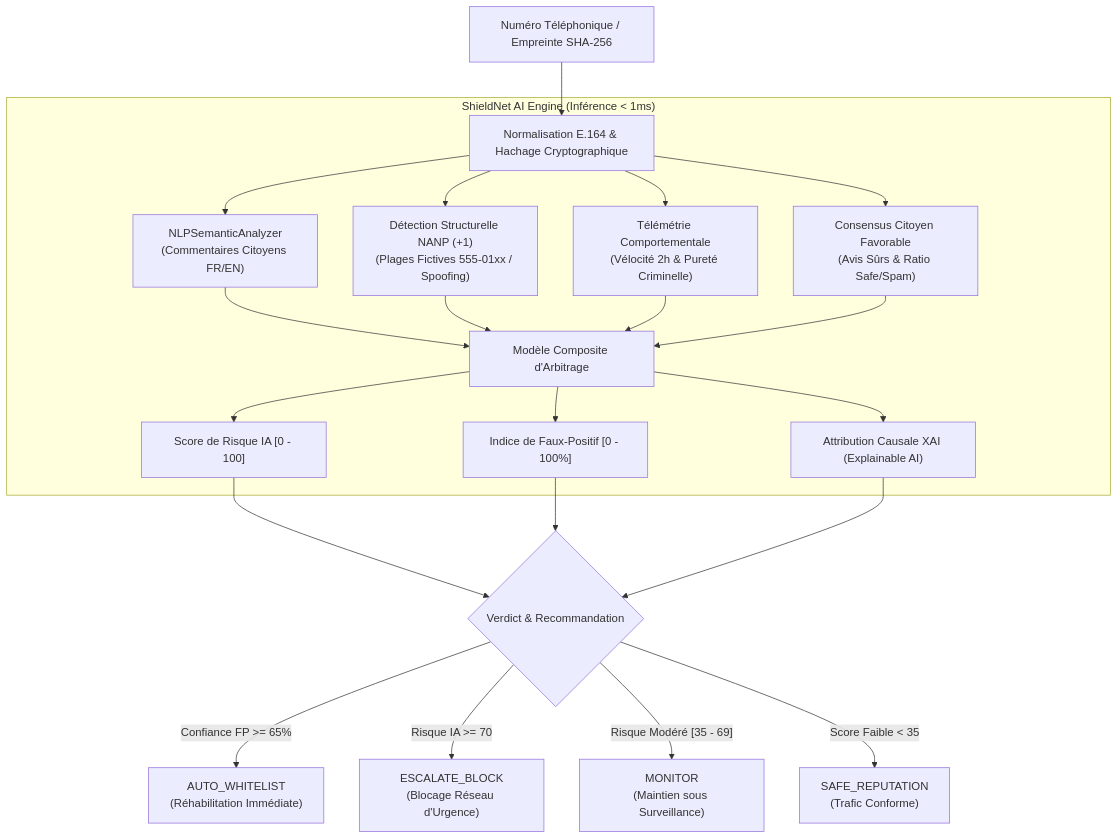
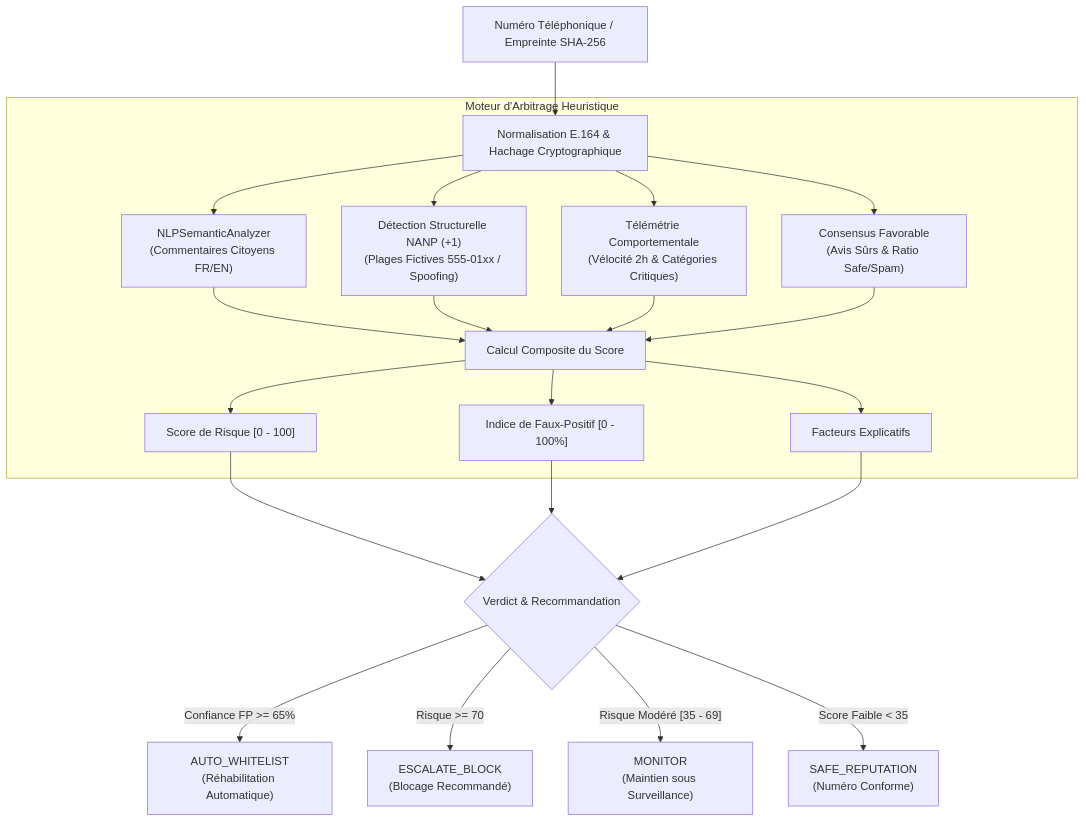
Before and after one commit to fadelilyas01/Projet-Synth-se: the diagram in README.md, drawn with Mermaid. The commit also changed other lines of this file and 63 other files, not shown here.

````diff
--- a/README.md
+++ b/README.md
@@ -111,22 +91,22 @@
 ```mermaid
 flowchart TD
     A["Numéro Téléphonique / Empreinte SHA-256"] --> B["Normalisation E.164 & Hachage Cryptographique"]
     
-    subgraph IA["ShieldNet AI Engine (Inférence < 1ms)"]
+    subgraph Arbitrage["Moteur d'Arbitrage Heuristique"]
         B --> C["NLPSemanticAnalyzer<br/>(Commentaires Citoyens FR/EN)"]
         B --> D["Détection Structurelle NANP (+1)<br/>(Plages Fictives 555-01xx / Spoofing)"]
-        B --> E["Télémétrie Comportementale<br/>(Vélocité 2h & Pureté Criminelle)"]
-        B --> F["Consensus Citoyen Favorable<br/>(Avis Sûrs & Ratio Safe/Spam)"]
+        B --> E["Télémétrie Comportementale<br/>(Vélocité 2h & Catégories Critiques)"]
+        B --> F["Consensus Favorable<br/>(Avis Sûrs & Ratio Safe/Spam)"]
         
-        C & D & E & F --> G["Modèle Composite d'Arbitrage"]
-        G --> H["Score de Risque IA [0 - 100]"]
+        C & D & E & F --> G["Calcul Composite du Score"]
+        G --> H["Score de Risque [0 - 100]"]
         G --> I["Indice de Faux-Positif [0 - 100%]"]
-        G --> J["Attribution Causale XAI (Explainable AI)"]
+        G --> J["Facteurs Explicatifs"]
     end
     
     H & I & J --> K{"Verdict & Recommandation"}
-    K -->|"Confiance FP >= 65%"| L["AUTO_WHITELIST<br/>(Réhabilitation Immédiate)"]
-    K -->|"Risque IA >= 70"| M["ESCALATE_BLOCK<br/>(Blocage Réseau d'Urgence)"]
+    K -->|"Confiance FP >= 65%"| L["AUTO_WHITELIST<br/>(Réhabilitation Automatique)"]
+    K -->|"Risque >= 70"| M["ESCALATE_BLOCK<br/>(Blocage Recommandé)"]
     K -->|"Risque Modéré [35 - 69]"| N["MONITOR<br/>(Maintien sous Surveillance)"]
-    K -->|"Score Faible < 35"| O["SAFE_REPUTATION<br/>(Trafic Conforme)"]
+    K -->|"Score Faible < 35"| O["SAFE_REPUTATION<br/>(Numéro Conforme)"]
 ```
````
